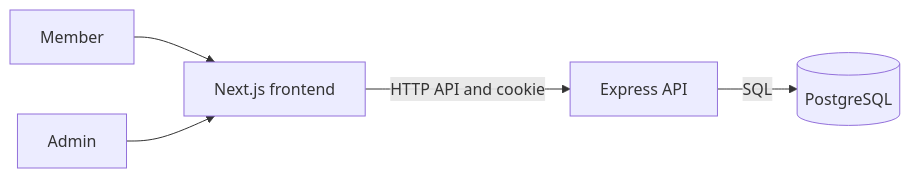
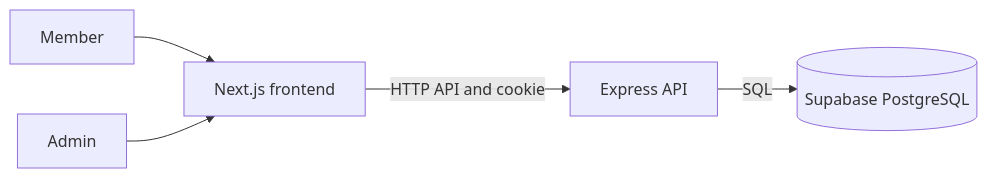
Before and after one commit to akindu-imantha/Resource-Reservation-Management-System-RRMS-: the second of 2 diagrams in README.md, drawn with Mermaid. The commit also changed other lines of this file, not shown here.

````diff
--- a/README.md
+++ b/README.md
@@ -56,7 +56,7 @@
 ```mermaid
 flowchart LR
   M[Member] --> FE[Next.js frontend]
   A[Admin] --> FE
   FE -->|HTTP API and cookie| API[Express API]
-  API -->|SQL| DB[(PostgreSQL)]
+  API -->|SQL| DB[(Supabase PostgreSQL)]
 ```
````
